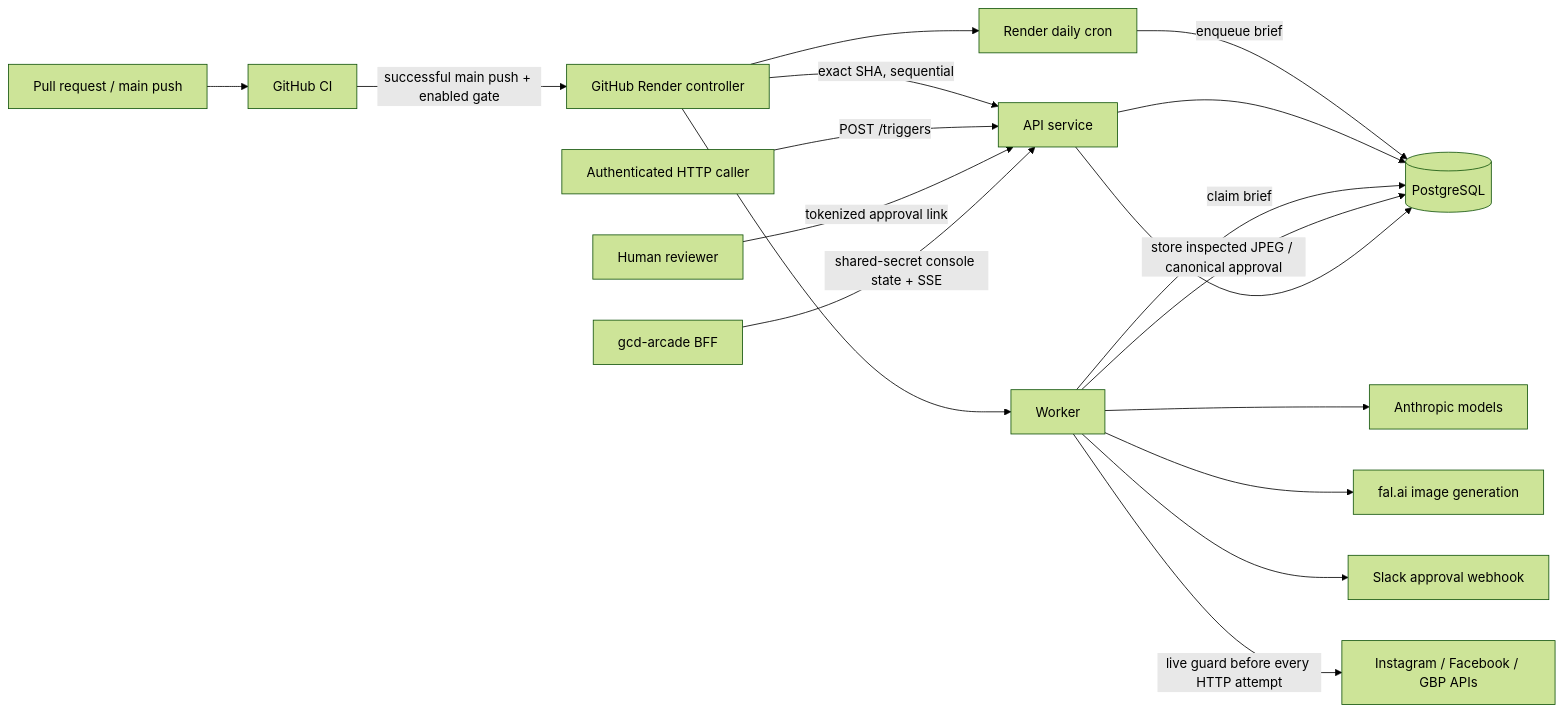
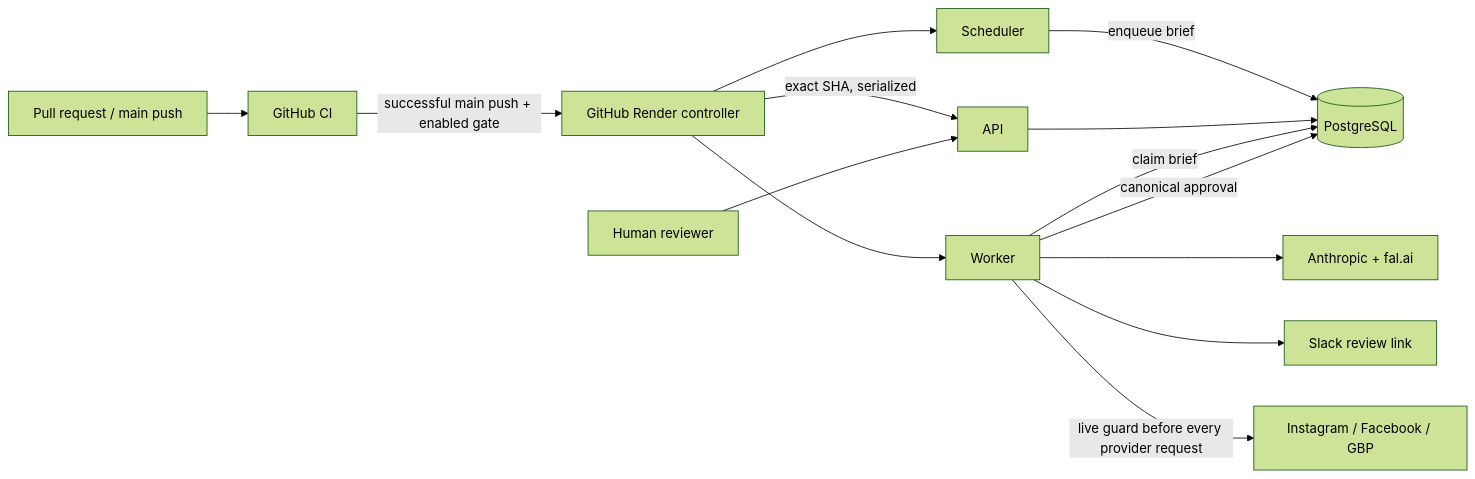
Before and after one commit to Caposhi/GCD-Agents: the diagram in README.md, drawn with Mermaid (forest theme). The commit also changed other lines of this file and 14 other files, not shown here.

````diff
--- a/README.md
+++ b/README.md
@@ -42,20 +49,16 @@
 ```mermaid
 flowchart LR
   PR["Pull request / main push"] --> CI["GitHub CI"]
   CI -->|"successful main push + enabled gate"| DC["GitHub Render controller"]
-  DC -->|"exact SHA, sequential"| A
-  DC --> W
-  DC --> S
-  S["Render daily cron"] -->|"enqueue brief"| D[("PostgreSQL")]
-  H["Authenticated HTTP caller"] -->|"POST /triggers"| A["API service"]
+  DC -->|"exact SHA, serialized"| A["API"]
+  DC --> W["Worker"]
+  DC --> S["Scheduler"]
+  S -->|"enqueue brief"| D[("PostgreSQL")]
   A --> D
-  W["Worker"] -->|"claim brief"| D
-  W --> C["Anthropic models"]
-  W --> F["fal.ai image generation"]
-  W -->|"store inspected JPEG / canonical approval"| D
-  W --> L["Slack approval webhook"]
-  R["Human reviewer"] -->|"tokenized approval link"| A
-  A --> D
-  W -->|"live guard before every HTTP attempt"| P["Instagram / Facebook / GBP APIs"]
-  G["gcd-arcade BFF"] -->|"shared-secret console state + SSE"| A
+  W -->|"claim brief"| D
+  W --> M["Anthropic + fal.ai"]
+  W -->|"canonical approval"| D
+  W --> L["Slack review link"]
+  H["Human reviewer"] --> A
+  W -->|"live guard before every provider request"| P["Instagram / Facebook / GBP"]
 ```
````
